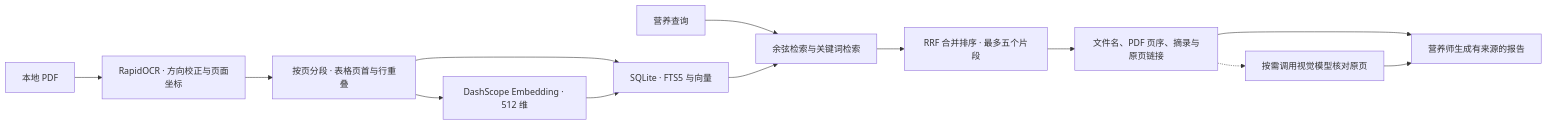
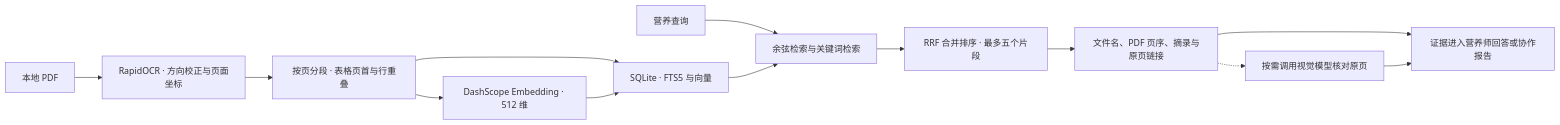
Before and after one commit to jeremy-nbd/wellnest: the second of 2 diagrams in README.md, drawn with Mermaid. The commit also changed other lines of this file, not shown here.

````diff
--- a/README.md
+++ b/README.md
@@ -71,15 +66,15 @@
 ```mermaid
 flowchart LR
     pdf["本地 PDF"] --> ocr["RapidOCR · 方向校正与页面坐标"]
     ocr --> chunks["按页分段 · 表格页首与行重叠"]
     chunks --> embeddings["DashScope Embedding · 512 维"]
     chunks --> index["SQLite · FTS5 与向量"]
     embeddings --> index
     question["营养查询"] --> retrieval["余弦检索与关键词检索"]
     index --> retrieval
     retrieval --> fusion["RRF 合并排序 · 最多五个片段"]
     fusion --> evidence["文件名、PDF 页序、摘录与原页链接"]
-    evidence --> nutritionAnswer["营养师生成有来源的报告"]
+    evidence --> nutritionAnswer["证据进入营养师回答或协作报告"]
     evidence -.-> verification["按需调用视觉模型核对原页"]
     verification --> nutritionAnswer
 ```
````
